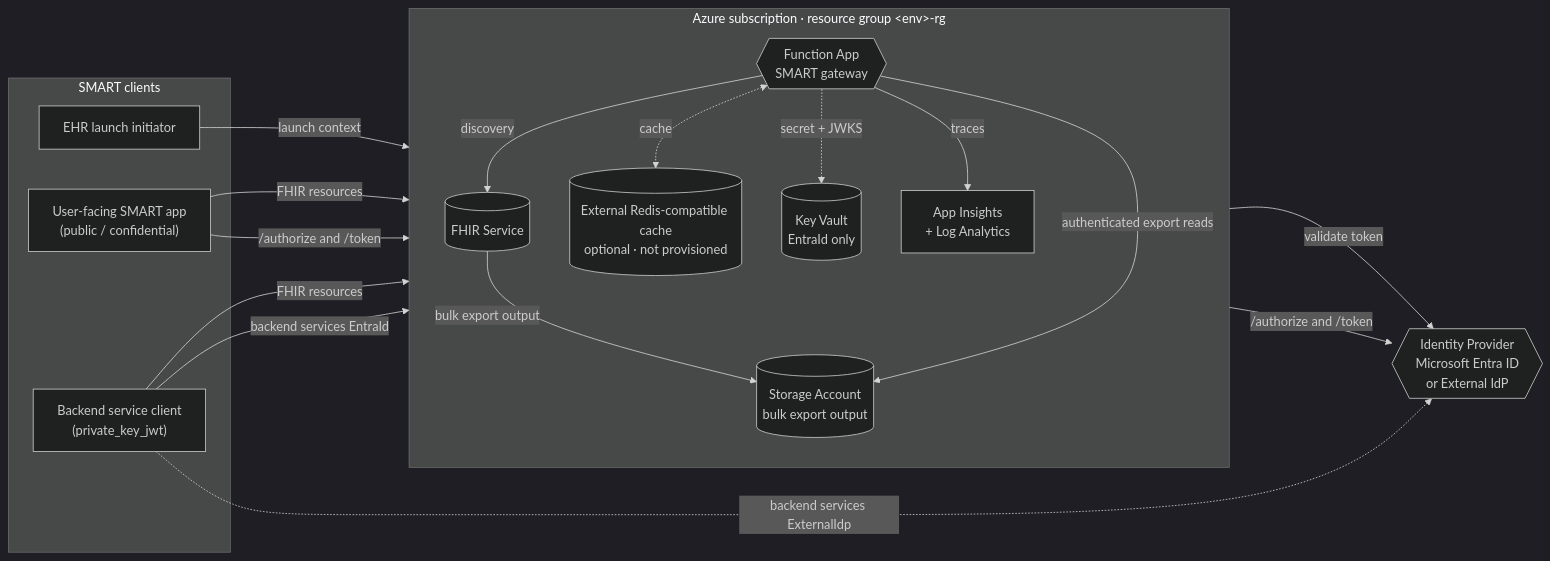
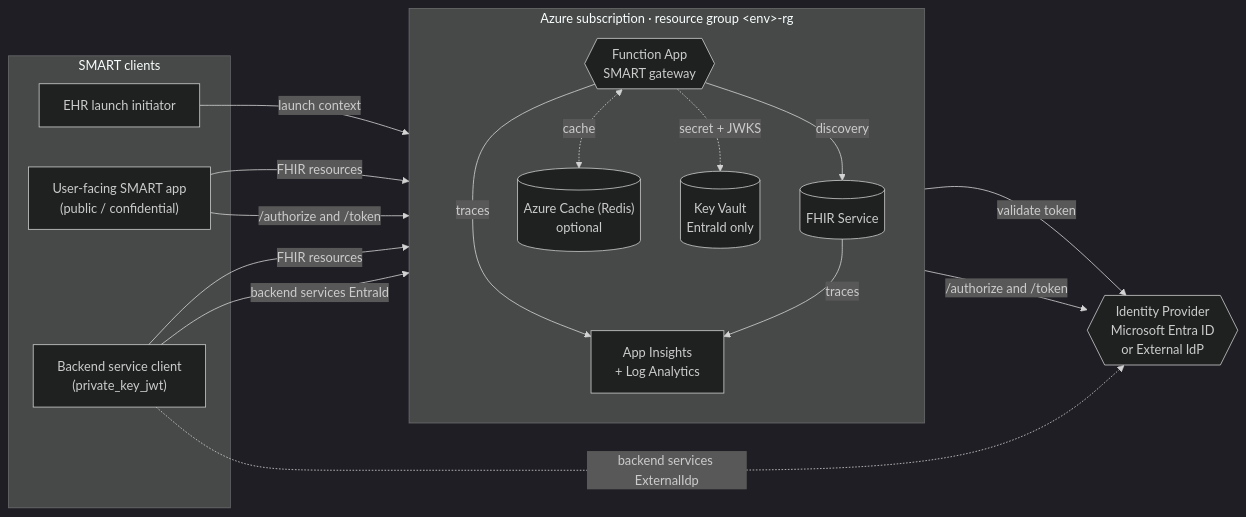
Before and after one commit to Azure-Samples/azure-health-data-and-ai-samples: the first of 7 diagrams in samples/smartonfhir-smartnative-v2/docs/technical-guide.md, drawn with Mermaid (dark theme). The commit also changed other lines of this file and 56 other files, not shown here.

````diff
--- a/samples/smartonfhir-smartnative-v2/docs/technical-guide.md
+++ b/samples/smartonfhir-smartnative-v2/docs/technical-guide.md
@@ -14,37 +14,35 @@
 ```mermaid
 flowchart LR
     subgraph Clients["SMART clients"]
         EHR["EHR launch initiator"]
         UApp["User-facing SMART app<br/>(public / confidential)"]
         BApp["Backend service client<br/>(private_key_jwt)"]
     end
 
     subgraph Azure["Azure subscription · resource group &lt;env&gt;-rg"]
         direction TB
         GW{{"Function App<br/>SMART gateway"}}
-        Cache[("External Redis-compatible cache<br/>optional · not provisioned")]
+        Cache[("Azure Cache (Redis)<br/>optional")]
         KV[("Key Vault<br/>EntraId only")]
-        Export[("Storage Account<br/>bulk export output")]
         FHIR[("FHIR Service")]
         Insights["App Insights<br/>+ Log Analytics"]
     end
 
     IdP{{"Identity Provider<br/>Microsoft Entra ID<br/>or External IdP"}}
 
     EHR -->|launch context| GW
     UApp -->|/authorize and /token| GW
     BApp -->|backend services EntraId| GW
     BApp -.->|backend services ExternalIdp| IdP
 
     GW -->|discovery| FHIR
     GW -->|/authorize and /token| IdP
     GW <-.->|cache| Cache
     GW -.->|secret + JWKS| KV
-    FHIR -->|bulk export output| Export
-    GW -->|authenticated export reads| Export
     GW -->|traces| Insights
+    FHIR -->|traces| Insights
 
     UApp -->|FHIR resources| FHIR
     BApp -->|FHIR resources| FHIR
     FHIR -->|validate token| IdP
 ```
````
